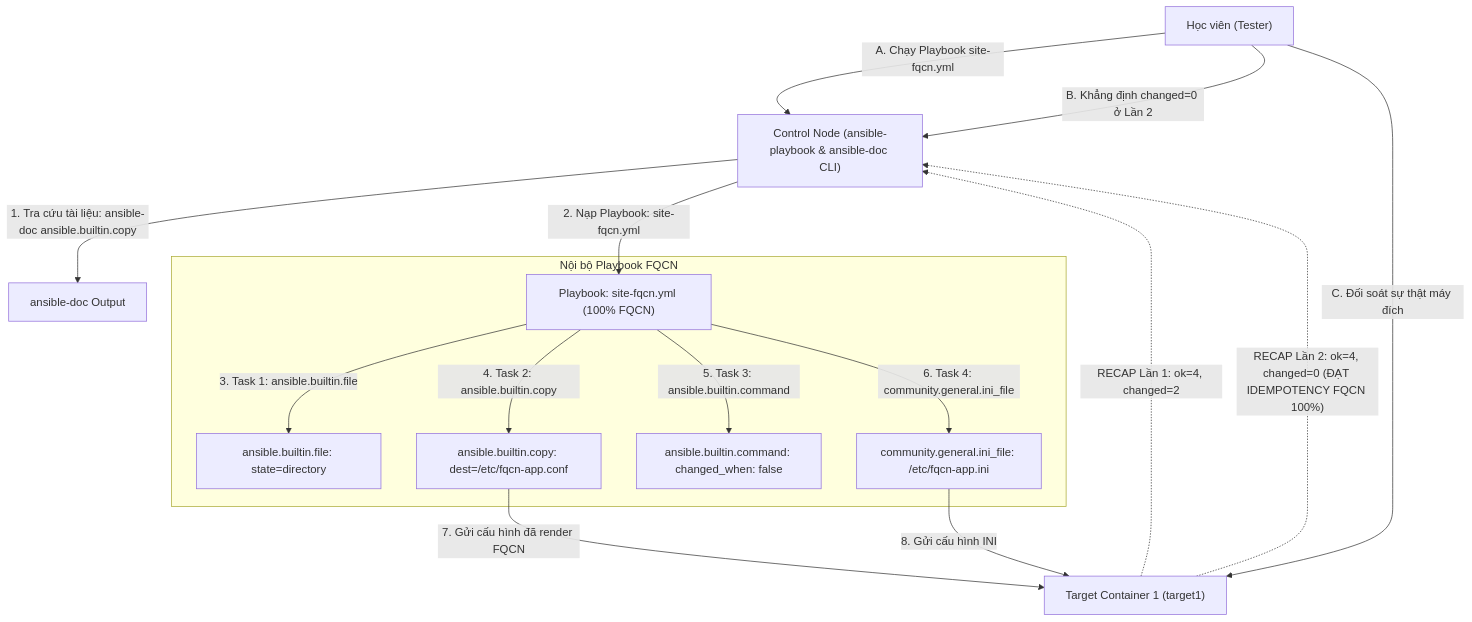
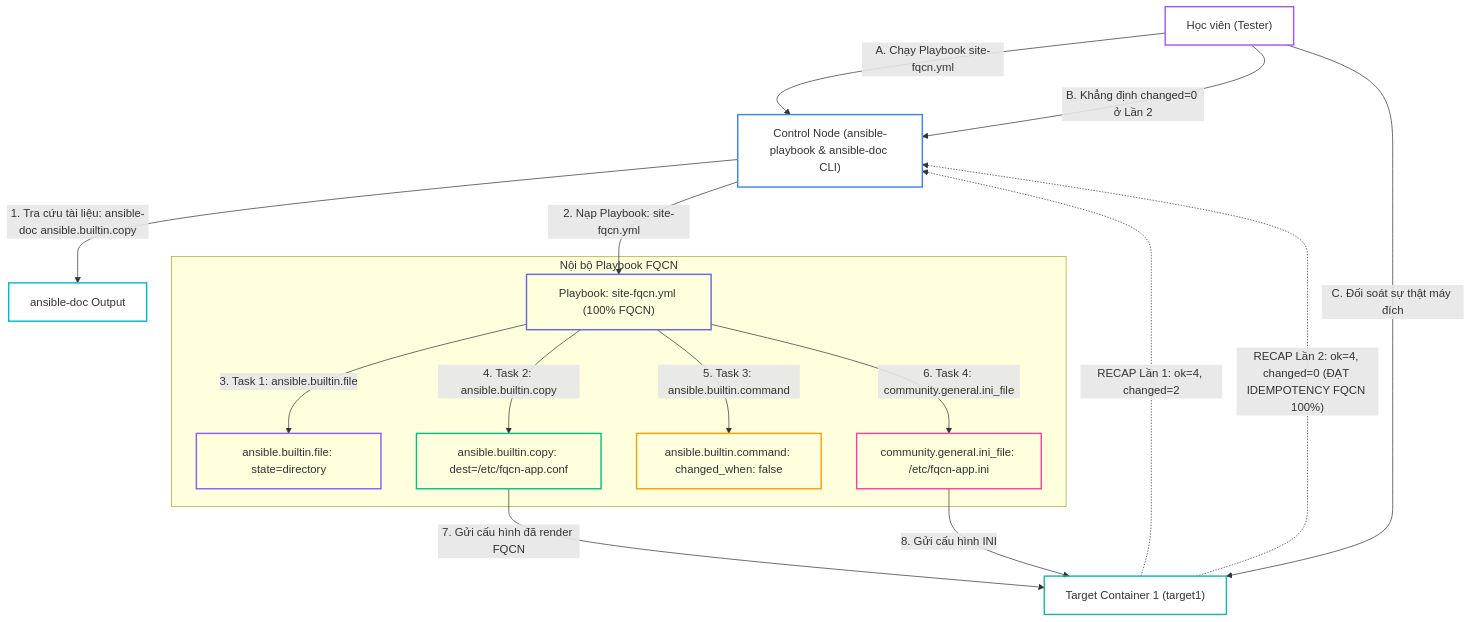
One commit to kiennt308/ntk changed the third of 3 diagrams in _posts/2026-09-13-ansible-17-17-collections-fqcn.md. Above: the diagram before and after it, drawn with Mermaid. The commit also changed other lines of this file and 30 other files, not shown here.

````diff
--- a/_posts/2026-09-13-ansible-17-17-collections-fqcn.md
+++ b/_posts/2026-09-13-ansible-17-17-collections-fqcn.md
@@ -463,23 +486,33 @@
 ```mermaid
 graph TD
     SubGraph1["Control Node (ansible-playbook & ansible-doc CLI)"] -->|"1. Tra cứu tài liệu: ansible-doc ansible.builtin.copy"| DOC["ansible-doc Output"]
     
     SubGraph1 -->|"2. Nạp Playbook: site-fqcn.yml"| PB["Playbook: site-fqcn.yml (100% FQCN)"]
     
     subgraph "Nội bộ Playbook FQCN"
         PB -->|"3. Task 1: ansible.builtin.file"| M1["ansible.builtin.file: state=directory"]
         PB -->|"4. Task 2: ansible.builtin.copy"| M2["ansible.builtin.copy: dest=/etc/fqcn-app.conf"]
         PB -->|"5. Task 3: ansible.builtin.command"| M3["ansible.builtin.command: changed_when: false"]
         PB -->|"6. Task 4: community.general.ini_file"| M4["community.general.ini_file: /etc/fqcn-app.ini"]
     end
     
     M2 -->|"7. Gửi cấu hình đã render FQCN"| T1["Target Container 1 (target1)"]
     M4 -->|"8. Gửi cấu hình INI"| T1
     
-    T1 -. "RECAP Lần 1: ok=4, changed=2" .-> SubGraph1
-    T1 -. "RECAP Lần 2: ok=4, changed=0 (ĐẠT IDEMPOTENCY FQCN 100%)" .-> SubGraph1
+    T1 -.->|"RECAP Lần 1: ok=4, changed=2"| SubGraph1
+    T1 -.->|"RECAP Lần 2: ok=4, changed=0 (ĐẠT IDEMPOTENCY FQCN 100%)"| SubGraph1
     
     DEV["Học viên (Tester)"] -->|"A. Chạy Playbook site-fqcn.yml"| SubGraph1
     DEV -->|"B. Khẳng định changed=0 ở Lần 2"| SubGraph1
     DEV -->|"C. Đối soát sự thật máy đích"| T1
+
+    style SubGraph1 fill:none,stroke:#3b82f6,stroke-width:2px
+    style DOC fill:none,stroke:#06b6d4,stroke-width:2px
+    style PB fill:none,stroke:#6366f1,stroke-width:2px
+    style M1 fill:none,stroke:#8b5cf6,stroke-width:2px
+    style M2 fill:none,stroke:#10b981,stroke-width:2px
+    style M3 fill:none,stroke:#f59e0b,stroke-width:2px
+    style M4 fill:none,stroke:#ec4899,stroke-width:2px
+    style T1 fill:none,stroke:#14b8a6,stroke-width:2px
+    style DEV fill:none,stroke:#a855f7,stroke-width:2px
 ```
````
